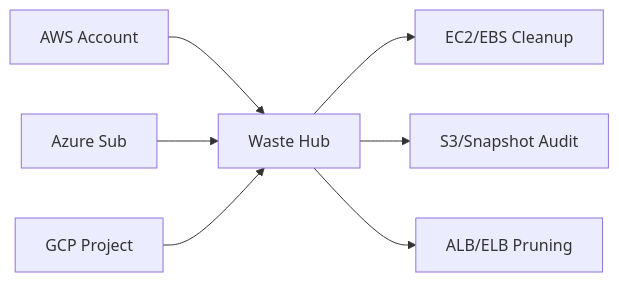
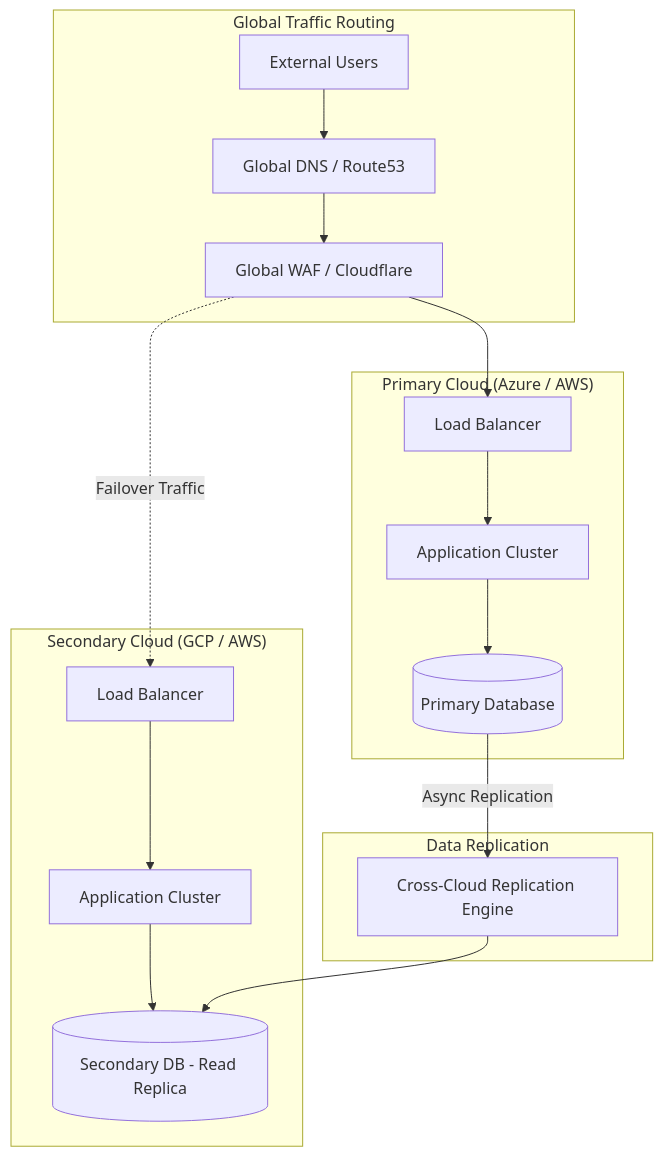
The tenth of 12 diagrams in README.md (Devopstrio/waste-reduction-automation), drawn with Mermaid before and after one commit. The commit also changed other lines of this file and 2 other files, not shown here.

Commit message:
docs: replace abstract placeholder diagrams with 12 high-level enterprise architecture diagrams

````diff
--- a/README.md
+++ b/README.md
@@ -84,9 +407,33 @@
 ```mermaid
-graph LR
-    AWS[AWS Account] --> Hub[Waste Hub]
-    AZ[Azure Sub] --> Hub
-    GCP[GCP Project] --> Hub
-    Hub --> S1[EC2/EBS Cleanup]
-    Hub --> S2[S3/Snapshot Audit]
-    Hub --> S3[ALB/ELB Pruning]
+graph TD
+    subgraph "Global Traffic Routing"
+        DNS[Global DNS / Route53]
+        WAF[Global WAF / Cloudflare]
+        User[External Users] --> DNS
+        DNS --> WAF
+    end
+
+    subgraph "Primary Cloud (Azure / AWS)"
+        LB1[Load Balancer]
+        App1[Application Cluster]
+        DB1[(Primary Database)]
+        WAF --> LB1
+        LB1 --> App1
+        App1 --> DB1
+    end
+
+    subgraph "Secondary Cloud (GCP / AWS)"
+        LB2[Load Balancer]
+        App2[Application Cluster]
+        DB2[(Secondary DB - Read Replica)]
+        WAF -.->|Failover Traffic| LB2
+        LB2 --> App2
+        App2 --> DB2
+    end
+
+    subgraph "Data Replication"
+        Sync[Cross-Cloud Replication Engine]
+        DB1 -->|Async Replication| Sync
+        Sync --> DB2
+    end
 ```
````
